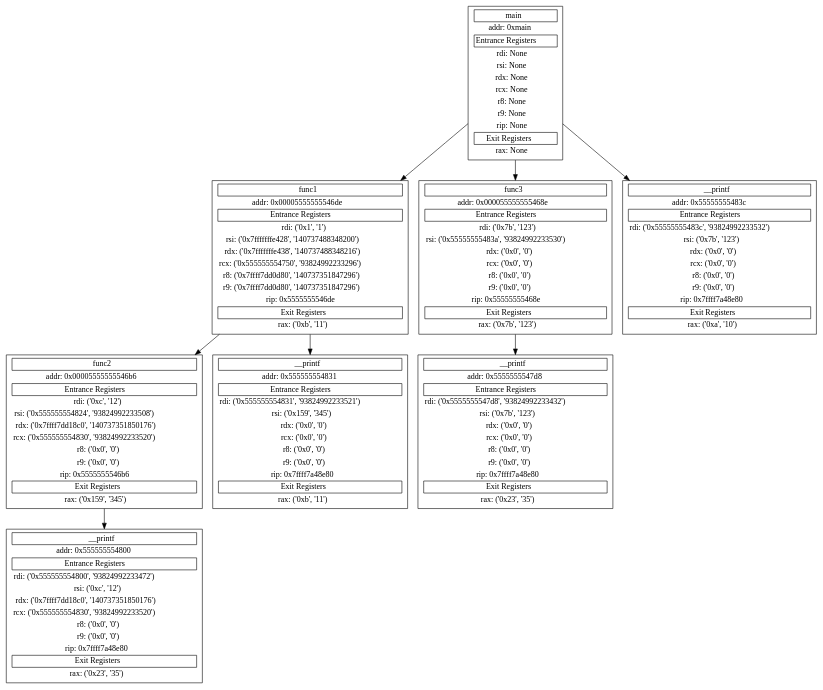
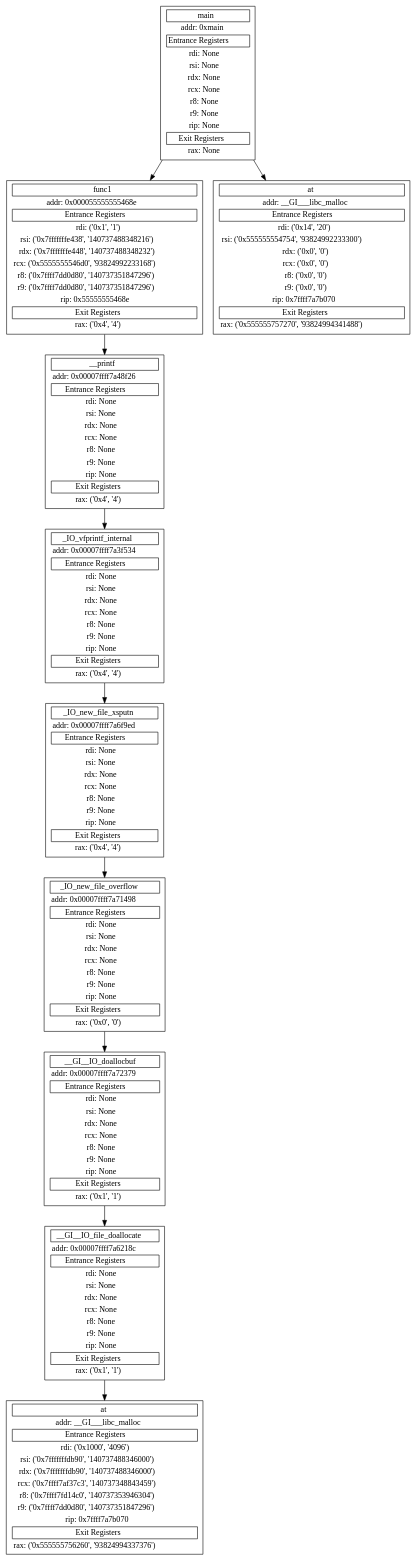
The diagram in Out/result.gv (cty123/CS527-Final-Project), drawn with Graphviz before and after one commit. The commit also changed 12 other files, not shown here.

```diff
--- a/Out/result.gv
+++ b/Out/result.gv
@@ -1,137 +1,171 @@
 digraph {
 	main [label=<
     <table border="0">
         <tr><td align="text" border="1">main</td></tr>
         <tr><td align="text">addr: 0xmain</td></tr>
         <tr><td align="text" border="1">Entrance Registers</td></tr>
         <tr><td align="text">rdi: None</td></tr>
         <tr><td align="text">rsi: None</td></tr>
         <tr><td align="text">rdx: None</td></tr>
         <tr><td align="text">rcx: None</td></tr>
         <tr><td align="text">r8: None</td></tr>
         <tr><td align="text">r9: None</td></tr>
         <tr><td align="text">rip: None</td></tr>
         <tr><td align="text" border="1">Exit Registers</td></tr>
         <tr><td align="text">rax: None</td></tr>
     </table>
     > shape=box]
 	main_0xmain_1 [label=<
     <table border="0">
         <tr><td align="text" border="1">func1</td></tr>
-        <tr><td align="text">addr: 0x00005555555546de</td></tr>
+        <tr><td align="text">addr: 0x000055555555468e</td></tr>
         <tr><td align="text" border="1">Entrance Registers</td></tr>
         <tr><td align="text">rdi: ('0x1', '1')</td></tr>
-        <tr><td align="text">rsi: ('0x7fffffffe428', '140737488348200')</td></tr>
-        <tr><td align="text">rdx: ('0x7fffffffe438', '140737488348216')</td></tr>
-        <tr><td align="text">rcx: ('0x555555554750', '93824992233296')</td></tr>
+        <tr><td align="text">rsi: ('0x7fffffffe438', '140737488348216')</td></tr>
+        <tr><td align="text">rdx: ('0x7fffffffe448', '140737488348232')</td></tr>
+        <tr><td align="text">rcx: ('0x5555555546d0', '93824992233168')</td></tr>
         <tr><td align="text">r8: ('0x7ffff7dd0d80', '140737351847296')</td></tr>
         <tr><td align="text">r9: ('0x7ffff7dd0d80', '140737351847296')</td></tr>
-        <tr><td align="text">rip: 0x5555555546de</td></tr>
+        <tr><td align="text">rip: 0x55555555468e</td></tr>
         <tr><td align="text" border="1">Exit Registers</td></tr>
-        <tr><td align="text">rax: ('0xb', '11')</td></tr>
+        <tr><td align="text">rax: ('0x4', '4')</td></tr>
     </table>
     > shape=box]
 	main -> main_0xmain_1
 	main_0xmain_2 [label=<
     <table border="0">
-        <tr><td align="text" border="1">func3</td></tr>
-        <tr><td align="text">addr: 0x000055555555468e</td></tr>
+        <tr><td align="text" border="1">at</td></tr>
+        <tr><td align="text">addr: __GI___libc_malloc</td></tr>
         <tr><td align="text" border="1">Entrance Registers</td></tr>
-        <tr><td align="text">rdi: ('0x7b', '123')</td></tr>
-        <tr><td align="text">rsi: ('0x55555555483a', '93824992233530')</td></tr>
+        <tr><td align="text">rdi: ('0x14', '20')</td></tr>
+        <tr><td align="text">rsi: ('0x555555554754', '93824992233300')</td></tr>
         <tr><td align="text">rdx: ('0x0', '0')</td></tr>
         <tr><td align="text">rcx: ('0x0', '0')</td></tr>
         <tr><td align="text">r8: ('0x0', '0')</td></tr>
         <tr><td align="text">r9: ('0x0', '0')</td></tr>
-        <tr><td align="text">rip: 0x55555555468e</td></tr>
+        <tr><td align="text">rip: 0x7ffff7a7b070</td></tr>
         <tr><td align="text" border="1">Exit Registers</td></tr>
-        <tr><td align="text">rax: ('0x7b', '123')</td></tr>
+        <tr><td align="text">rax: ('0x555555757270', '93824994341488')</td></tr>
     </table>
     > shape=box]
 	main -> main_0xmain_2
-	main_0xmain_3 [label=<
+	func1_0x000055555555468e_3 [label=<
     <table border="0">
         <tr><td align="text" border="1">__printf</td></tr>
-        <tr><td align="text">addr: 0x55555555483c</td></tr>
+        <tr><td align="text">addr: 0x00007ffff7a48f26</td></tr>
         <tr><td align="text" border="1">Entrance Registers</td></tr>
-        <tr><td align="text">rdi: ('0x55555555483c', '93824992233532')</td></tr>
-        <tr><td align="text">rsi: ('0x7b', '123')</td></tr>
-        <tr><td align="text">rdx: ('0x0', '0')</td></tr>
-        <tr><td align="text">rcx: ('0x0', '0')</td></tr>
-        <tr><td align="text">r8: ('0x0', '0')</td></tr>
-        <tr><td align="text">r9: ('0x0', '0')</td></tr>
-        <tr><td align="text">rip: 0x7ffff7a48e80</td></tr>
+        <tr><td align="text">rdi: None</td></tr>
+        <tr><td align="text">rsi: None</td></tr>
+        <tr><td align="text">rdx: None</td></tr>
+        <tr><td align="text">rcx: None</td></tr>
+        <tr><td align="text">r8: None</td></tr>
+        <tr><td align="text">r9: None</td></tr>
+        <tr><td align="text">rip: None</td></tr>
         <tr><td align="text" border="1">Exit Registers</td></tr>
-        <tr><td align="text">rax: ('0xa', '10')</td></tr>
+        <tr><td align="text">rax: ('0x4', '4')</td></tr>
     </table>
     > shape=box]
-	main -> main_0xmain_3
-	func3_0x000055555555468e_4 [label=<
+	main_0xmain_1 -> func1_0x000055555555468e_3
+	__printf_0x00007ffff7a48f26_4 [label=<
     <table border="0">
-        <tr><td align="text" border="1">__printf</td></tr>
-        <tr><td align="text">addr: 0x5555555547d8</td></tr>
+        <tr><td align="text" border="1">_IO_vfprintf_internal</td></tr>
+        <tr><td align="text">addr: 0x00007ffff7a3f534</td></tr>
         <tr><td align="text" border="1">Entrance Registers</td></tr>
-        <tr><td align="text">rdi: ('0x5555555547d8', '93824992233432')</td></tr>
-        <tr><td align="text">rsi: ('0x7b', '123')</td></tr>
-        <tr><td align="text">rdx: ('0x0', '0')</td></tr>
-        <tr><td align="text">rcx: ('0x0', '0')</td></tr>
-        <tr><td align="text">r8: ('0x0', '0')</td></tr>
-        <tr><td align="text">r9: ('0x0', '0')</td></tr>
-        <tr><td align="text">rip: 0x7ffff7a48e80</td></tr>
+        <tr><td align="text">rdi: None</td></tr>
+        <tr><td align="text">rsi: None</td></tr>
+        <tr><td align="text">rdx: None</td></tr>
+        <tr><td align="text">rcx: None</td></tr>
+        <tr><td align="text">r8: None</td></tr>
+        <tr><td align="text">r9: None</td></tr>
+        <tr><td align="text">rip: None</td></tr>
         <tr><td align="text" border="1">Exit Registers</td></tr>
-        <tr><td align="text">rax: ('0x23', '35')</td></tr>
+        <tr><td align="text">rax: ('0x4', '4')</td></tr>
     </table>
     > shape=box]
-	main_0xmain_2 -> func3_0x000055555555468e_4
-	func1_0x00005555555546de_5 [label=<
+	func1_0x000055555555468e_3 -> __printf_0x00007ffff7a48f26_4
+	_IO_vfprintf_internal_0x00007ffff7a3f534_5 [label=<
     <table border="0">
-        <tr><td align="text" border="1">func2</td></tr>
-        <tr><td align="text">addr: 0x00005555555546b6</td></tr>
+        <tr><td align="text" border="1">_IO_new_file_xsputn</td></tr>
+        <tr><td align="text">addr: 0x00007ffff7a6f9ed</td></tr>
         <tr><td align="text" border="1">Entrance Registers</td></tr>
-        <tr><td align="text">rdi: ('0xc', '12')</td></tr>
-        <tr><td align="text">rsi: ('0x555555554824', '93824992233508')</td></tr>
-        <tr><td align="text">rdx: ('0x7ffff7dd18c0', '140737351850176')</td></tr>
-        <tr><td align="text">rcx: ('0x555555554830', '93824992233520')</td></tr>
-        <tr><td align="text">r8: ('0x0', '0')</td></tr>
-        <tr><td align="text">r9: ('0x0', '0')</td></tr>
-        <tr><td align="text">rip: 0x5555555546b6</td></tr>
+        <tr><td align="text">rdi: None</td></tr>
+        <tr><td align="text">rsi: None</td></tr>
+        <tr><td align="text">rdx: None</td></tr>
+        <tr><td align="text">rcx: None</td></tr>
+        <tr><td align="text">r8: None</td></tr>
+        <tr><td align="text">r9: None</td></tr>
+        <tr><td align="text">rip: None</td></tr>
         <tr><td align="text" border="1">Exit Registers</td></tr>
-        <tr><td align="text">rax: ('0x159', '345')</td></tr>
+        <tr><td align="text">rax: ('0x4', '4')</td></tr>
     </table>
     > shape=box]
-	main_0xmain_1 -> func1_0x00005555555546de_5
-	func1_0x00005555555546de_6 [label=<
+	__printf_0x00007ffff7a48f26_4 -> _IO_vfprintf_internal_0x00007ffff7a3f534_5
+	_IO_new_file_xsputn_0x00007ffff7a6f9ed_6 [label=<
     <table border="0">
-        <tr><td align="text" border="1">__printf</td></tr>
-        <tr><td align="text">addr: 0x555555554831</td></tr>
+        <tr><td align="text" border="1">_IO_new_file_overflow</td></tr>
+        <tr><td align="text">addr: 0x00007ffff7a71498</td></tr>
         <tr><td align="text" border="1">Entrance Registers</td></tr>
-        <tr><td align="text">rdi: ('0x555555554831', '93824992233521')</td></tr>
-        <tr><td align="text">rsi: ('0x159', '345')</td></tr>
-        <tr><td align="text">rdx: ('0x0', '0')</td></tr>
-        <tr><td align="text">rcx: ('0x0', '0')</td></tr>
-        <tr><td align="text">r8: ('0x0', '0')</td></tr>
-        <tr><td align="text">r9: ('0x0', '0')</td></tr>
-        <tr><td align="text">rip: 0x7ffff7a48e80</td></tr>
+        <tr><td align="text">rdi: None</td></tr>
+        <tr><td align="text">rsi: None</td></tr>
+        <tr><td align="text">rdx: None</td></tr>
+        <tr><td align="text">rcx: None</td></tr>
+        <tr><td align="text">r8: None</td></tr>
+        <tr><td align="text">r9: None</td></tr>
+        <tr><td align="text">rip: None</td></tr>
         <tr><td align="text" border="1">Exit Registers</td></tr>
-        <tr><td align="text">rax: ('0xb', '11')</td></tr>
+        <tr><td align="text">rax: ('0x0', '0')</td></tr>
     </table>
     > shape=box]
-	main_0xmain_1 -> func1_0x00005555555546de_6
-	func2_0x00005555555546b6_7 [label=<
+	_IO_vfprintf_internal_0x00007ffff7a3f534_5 -> _IO_new_file_xsputn_0x00007ffff7a6f9ed_6
+	_IO_new_file_overflow_0x00007ffff7a71498_7 [label=<
     <table border="0">
-        <tr><td align="text" border="1">__printf</td></tr>
-        <tr><td align="text">addr: 0x555555554800</td></tr>
+        <tr><td align="text" border="1">__GI__IO_doallocbuf</td></tr>
+        <tr><td align="text">addr: 0x00007ffff7a72379</td></tr>
         <tr><td align="text" border="1">Entrance Registers</td></tr>
-        <tr><td align="text">rdi: ('0x555555554800', '93824992233472')</td></tr>
-        <tr><td align="text">rsi: ('0xc', '12')</td></tr>
-        <tr><td align="text">rdx: ('0x7ffff7dd18c0', '140737351850176')</td></tr>
-        <tr><td align="text">rcx: ('0x555555554830', '93824992233520')</td></tr>
-        <tr><td align="text">r8: ('0x0', '0')</td></tr>
-        <tr><td align="text">r9: ('0x0', '0')</td></tr>
-        <tr><td align="text">rip: 0x7ffff7a48e80</td></tr>
+        <tr><td align="text">rdi: None</td></tr>
+        <tr><td align="text">rsi: None</td></tr>
+        <tr><td align="text">rdx: None</td></tr>
+        <tr><td align="text">rcx: None</td></tr>
+        <tr><td align="text">r8: None</td></tr>
+        <tr><td align="text">r9: None</td></tr>
+        <tr><td align="text">rip: None</td></tr>
         <tr><td align="text" border="1">Exit Registers</td></tr>
-        <tr><td align="text">rax: ('0x23', '35')</td></tr>
+        <tr><td align="text">rax: ('0x1', '1')</td></tr>
     </table>
     > shape=box]
-	func1_0x00005555555546de_5 -> func2_0x00005555555546b6_7
+	_IO_new_file_xsputn_0x00007ffff7a6f9ed_6 -> _IO_new_file_overflow_0x00007ffff7a71498_7
+	__GI__IO_doallocbuf_0x00007ffff7a72379_8 [label=<
+    <table border="0">
+        <tr><td align="text" border="1">__GI__IO_file_doallocate</td></tr>
+        <tr><td align="text">addr: 0x00007ffff7a6218c</td></tr>
+        <tr><td align="text" border="1">Entrance Registers</td></tr>
+        <tr><td align="text">rdi: None</td></tr>
+        <tr><td align="text">rsi: None</td></tr>
+        <tr><td align="text">rdx: None</td></tr>
+        <tr><td align="text">rcx: None</td></tr>
+        <tr><td align="text">r8: None</td></tr>
+        <tr><td align="text">r9: None</td></tr>
+        <tr><td align="text">rip: None</td></tr>
+        <tr><td align="text" border="1">Exit Registers</td></tr>
+        <tr><td align="text">rax: ('0x1', '1')</td></tr>
+    </table>
+    > shape=box]
+	_IO_new_file_overflow_0x00007ffff7a71498_7 -> __GI__IO_doallocbuf_0x00007ffff7a72379_8
+	__GI__IO_file_doallocate_0x00007ffff7a6218c_9 [label=<
+    <table border="0">
+        <tr><td align="text" border="1">at</td></tr>
+        <tr><td align="text">addr: __GI___libc_malloc</td></tr>
+        <tr><td align="text" border="1">Entrance Registers</td></tr>
+        <tr><td align="text">rdi: ('0x1000', '4096')</td></tr>
+        <tr><td align="text">rsi: ('0x7fffffffdb90', '140737488346000')</td></tr>
+        <tr><td align="text">rdx: ('0x7fffffffdb90', '140737488346000')</td></tr>
+        <tr><td align="text">rcx: ('0x7ffff7af37c3', '140737348843459')</td></tr>
+        <tr><td align="text">r8: ('0x7ffff7fd14c0', '140737353946304')</td></tr>
+        <tr><td align="text">r9: ('0x7ffff7dd0d80', '140737351847296')</td></tr>
+        <tr><td align="text">rip: 0x7ffff7a7b070</td></tr>
+        <tr><td align="text" border="1">Exit Registers</td></tr>
+        <tr><td align="text">rax: ('0x555555756260', '93824994337376')</td></tr>
+    </table>
+    > shape=box]
+	__GI__IO_doallocbuf_0x00007ffff7a72379_8 -> __GI__IO_file_doallocate_0x00007ffff7a6218c_9
 }
```
